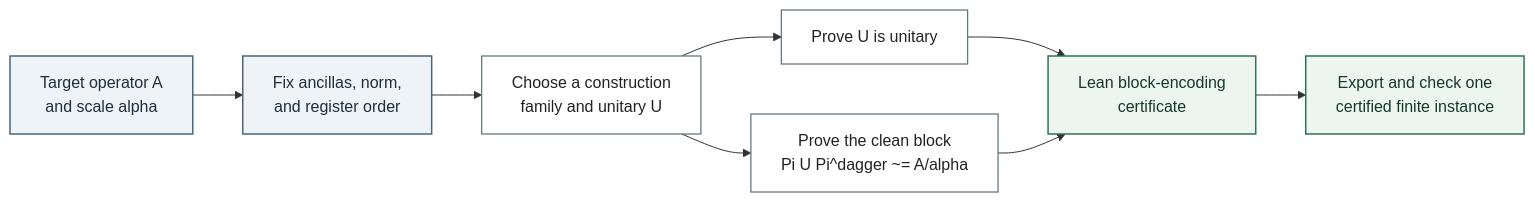
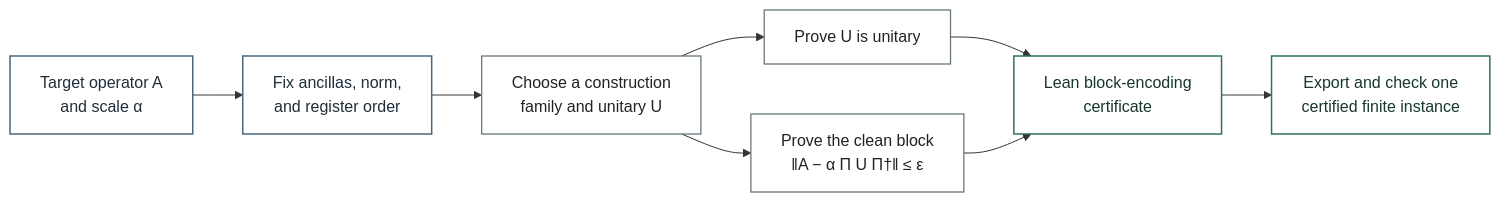
Before and after one commit to DakeBU/Quantum-Computing-Block-Encoding: the diagram in website/diagrams/block-encoding-flow.mmd, drawn with Mermaid.

Commit message:
docs: fix block-encoding diagram mathematics

```diff
--- a/website/diagrams/block-encoding-flow.mmd
+++ b/website/diagrams/block-encoding-flow.mmd
@@ -1,15 +1,15 @@
 flowchart LR
-  T["Target operator A<br/>and scale alpha"] --> R["Fix ancillas, norm,<br/>and register order"]
+  T["Target operator A<br/>and scale α"] --> R["Fix ancillas, norm,<br/>and register order"]
   R --> C["Choose a construction<br/>family and unitary U"]
   C --> U["Prove U is unitary"]
-  C --> B["Prove the clean block<br/>Pi U Pi^dagger ~= A/alpha"]
+  C --> B["Prove the clean block<br/>‖A − α Π U Π†‖ ≤ ε"]
   U --> L["Lean block-encoding<br/>certificate"]
   B --> L
   L --> E["Export and check one<br/>certified finite instance"]
 
-  classDef target fill:#eef3f7,stroke:#49677d,color:#1f2e39,stroke-width:1.5px;
+  classDef target fill:#ffffff,stroke:#49677d,color:#1f2e39,stroke-width:1.5px;
   classDef work fill:#ffffff,stroke:#64747a,color:#222222,stroke-width:1.25px;
-  classDef proof fill:#edf5f1,stroke:#2f7355,color:#18382b,stroke-width:1.5px;
+  classDef proof fill:#ffffff,stroke:#2f7355,color:#18382b,stroke-width:1.5px;
   class T,R target;
   class C,U,B work;
   class L,E proof;
```
